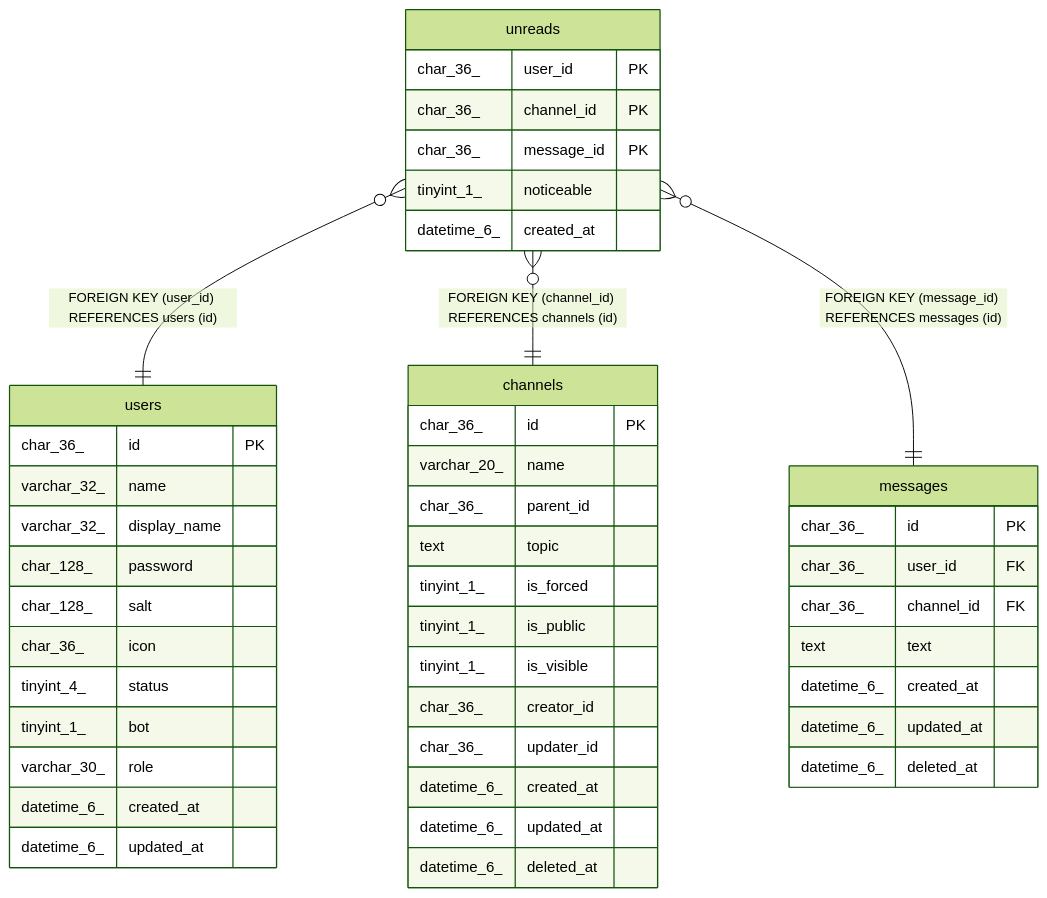
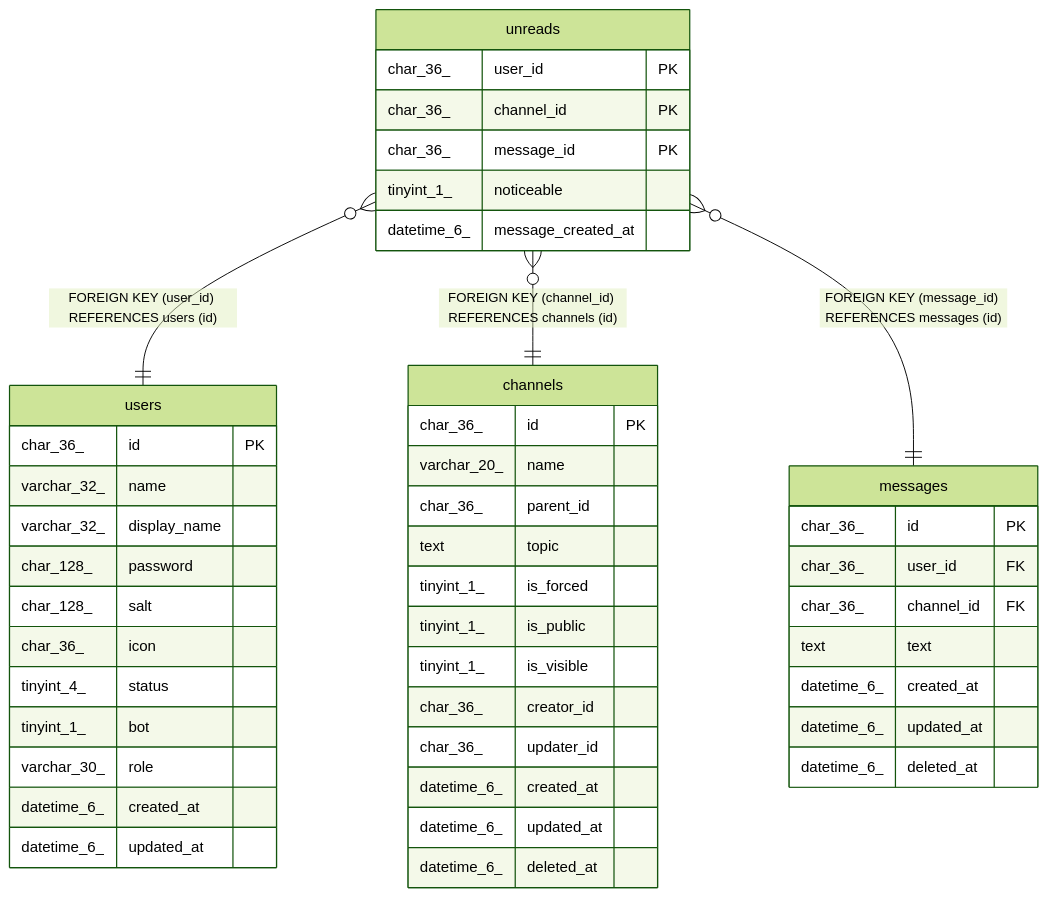
The diagram in docs/dbSchema/unreads.md (traPtitech/traQ), drawn with Mermaid (forest theme) before and after one commit. The commit also changed other lines of this file and 13 other files, not shown here.

````diff
--- a/docs/dbSchema/unreads.md
+++ b/docs/dbSchema/unreads.md
@@ -57,51 +57,51 @@
 ```mermaid
 erDiagram
 
 "unreads" }o--|| "users" : "FOREIGN KEY (user_id) REFERENCES users (id)"
 "unreads" }o--|| "channels" : "FOREIGN KEY (channel_id) REFERENCES channels (id)"
 "unreads" }o--|| "messages" : "FOREIGN KEY (message_id) REFERENCES messages (id)"
 
 "unreads" {
   char_36_ user_id PK
   char_36_ channel_id PK
   char_36_ message_id PK
   tinyint_1_ noticeable
-  datetime_6_ created_at
+  datetime_6_ message_created_at
 }
 "users" {
   char_36_ id PK
   varchar_32_ name
   varchar_32_ display_name
   char_128_ password
   char_128_ salt
   char_36_ icon
   tinyint_4_ status
   tinyint_1_ bot
   varchar_30_ role
   datetime_6_ created_at
   datetime_6_ updated_at
 }
 "channels" {
   char_36_ id PK
   varchar_20_ name
   char_36_ parent_id
   text topic
   tinyint_1_ is_forced
   tinyint_1_ is_public
   tinyint_1_ is_visible
   char_36_ creator_id
   char_36_ updater_id
   datetime_6_ created_at
   datetime_6_ updated_at
   datetime_6_ deleted_at
 }
 "messages" {
   char_36_ id PK
   char_36_ user_id FK
   char_36_ channel_id FK
   text text
   datetime_6_ created_at
   datetime_6_ updated_at
   datetime_6_ deleted_at
 }
 ```
````
